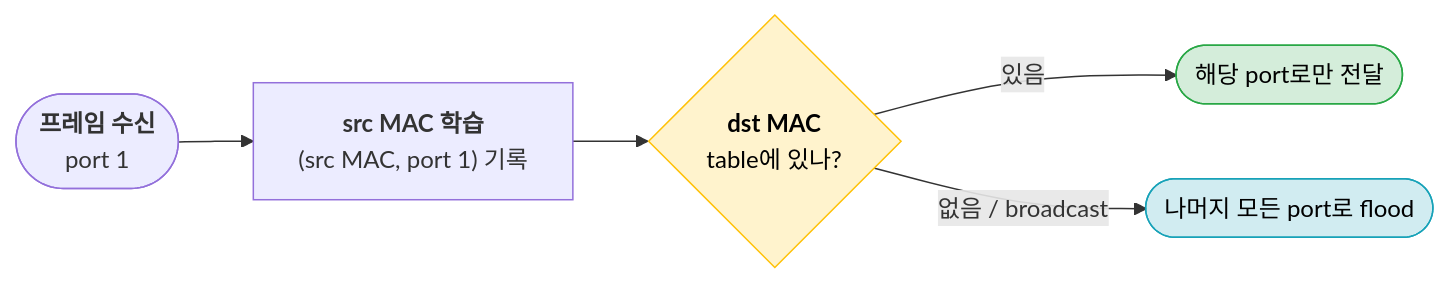
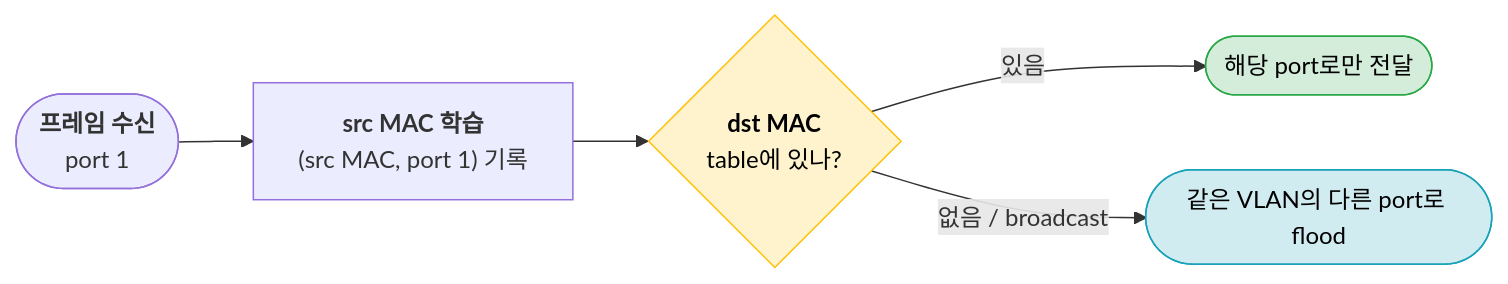
One commit to ljy2855/tech-notes changed the first of 4 diagrams in content/posts/network/bottom-up/L2 datalink.md. Above: the diagram before and after it, drawn with Mermaid. The commit also changed other lines of this file and 6 other files, not shown here.

````diff
--- a/content/posts/network/bottom-up/L2 datalink.md
+++ b/content/posts/network/bottom-up/L2 datalink.md
@@ -32,14 +26,14 @@
 ```mermaid
 flowchart LR
     IN(["`**프레임 수신**
     port 1`"]) --> LEARN["`**src MAC 학습**
     (src MAC, port 1) 기록`"]
     LEARN --> LOOKUP{"`**dst MAC**
     table에 있나?`"}
     LOOKUP -->|있음| FWD(["`해당 port로만 전달`"])
-    LOOKUP -->|"없음 / broadcast"| FLOOD(["`나머지 모든 port로 flood`"])
+    LOOKUP -->|"없음 / broadcast"| FLOOD(["`같은 VLAN의 다른 port로 flood`"])
 
     style LOOKUP fill:#fff3cd,stroke:#ffc107,color:#000
     style FWD fill:#d4edda,stroke:#28a745,color:#000
     style FLOOD fill:#d1ecf1,stroke:#17a2b8,color:#000
 ```
````
